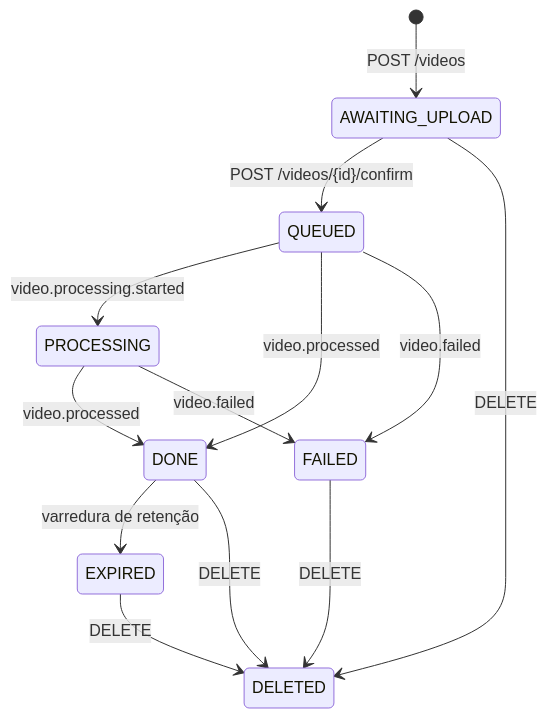
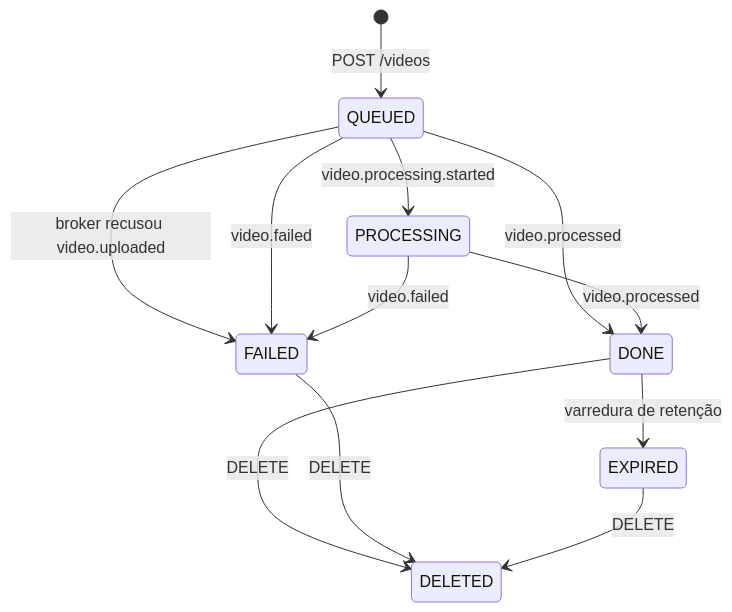
Before and after one commit to knzt/zipframes: the first of 3 diagrams in docs/architecture/services/video-service.md, drawn with Mermaid. The commit also changed other lines of this file and 10 other files, not shown here.

First line of the commit message:
docs: describe the single-upload video flow

````diff
--- a/docs/architecture/services/video-service.md
+++ b/docs/architecture/services/video-service.md
@@ -98,15 +99,14 @@
 ```mermaid
 stateDiagram-v2
-  [*] --> AWAITING_UPLOAD: POST /videos
-  AWAITING_UPLOAD --> QUEUED: POST /videos/{id}/confirm
+  [*] --> QUEUED: POST /videos
+  QUEUED --> FAILED: broker recusou video.uploaded
   QUEUED --> PROCESSING: video.processing.started
   QUEUED --> DONE: video.processed
   QUEUED --> FAILED: video.failed
   PROCESSING --> DONE: video.processed
   PROCESSING --> FAILED: video.failed
   DONE --> EXPIRED: varredura de retenção
-  AWAITING_UPLOAD --> DELETED: DELETE
   DONE --> DELETED: DELETE
   FAILED --> DELETED: DELETE
   EXPIRED --> DELETED: DELETE
 ```
````
